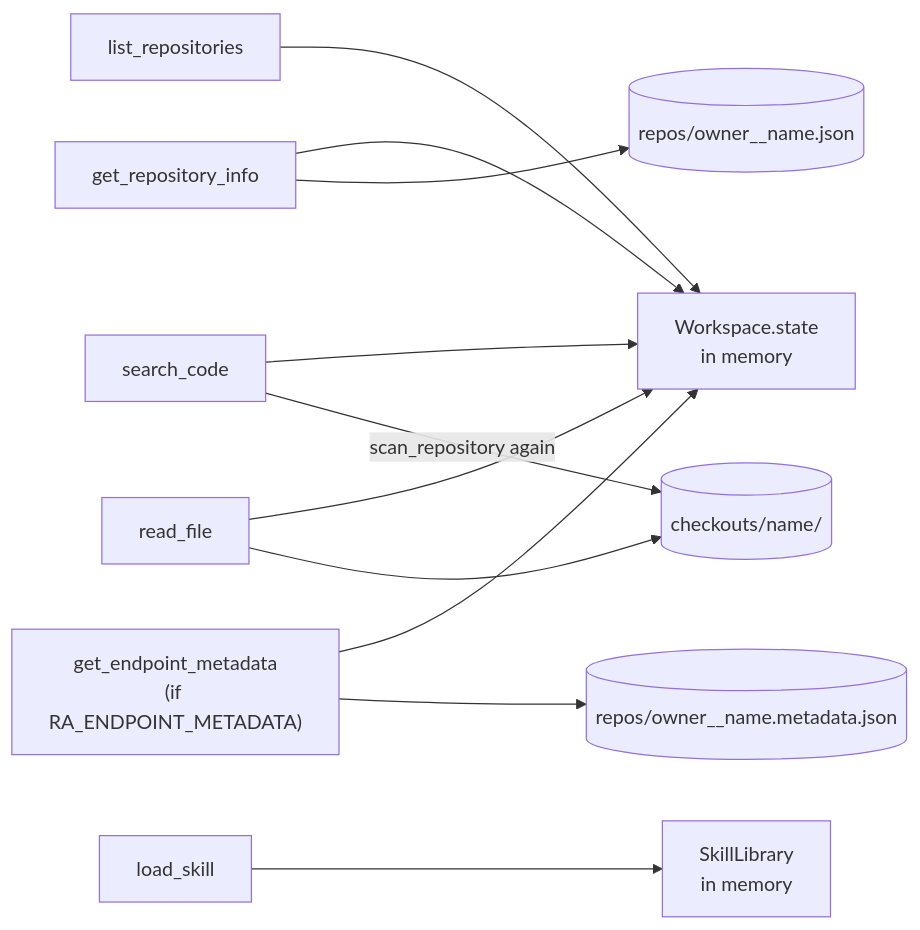
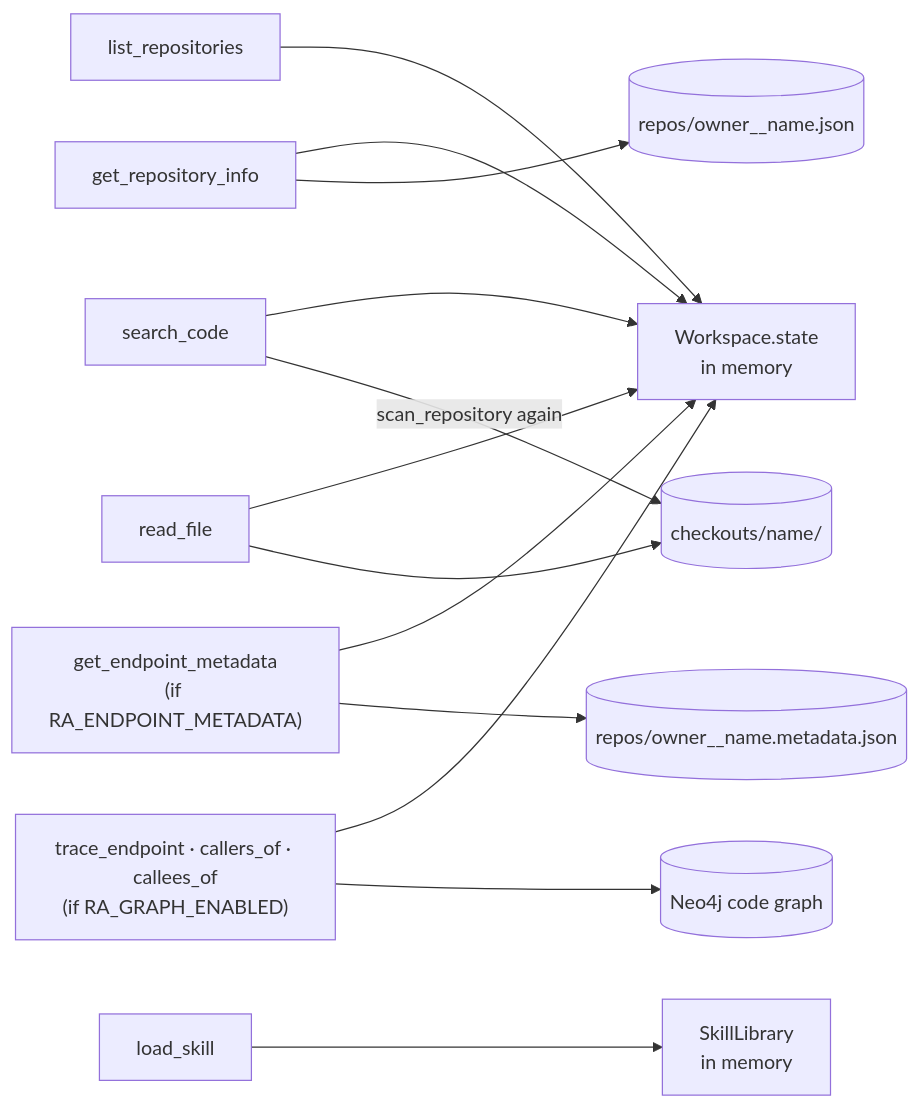
Before and after one commit to ankmay0/repository-analyzer: the fifth of 9 diagrams in backend/docs/dataflow.md, drawn with Mermaid. The commit also changed other lines of this file and 13 other files, not shown here.

First line of the commit message:
Give the chat agent code-graph tools for tracing endpoints

````diff
--- a/backend/docs/dataflow.md
+++ b/backend/docs/dataflow.md
@@ -209,13 +209,15 @@
 ```mermaid
 flowchart LR
     LRT[list_repositories] --> WSS["Workspace.state<br/>in memory"]
     GRI[get_repository_info] --> WSS
     GRI --> IDX[("repos/owner__name.json")]
     SCd[search_code] --> WSS
     SCd -->|scan_repository again| CK[("checkouts/name/")]
     RF[read_file] --> WSS
     RF --> CK
     LS[load_skill] --> SL["SkillLibrary<br/>in memory"]
     GEM["get_endpoint_metadata<br/>(if RA_ENDPOINT_METADATA)"] --> WSS
+    TE["trace_endpoint · callers_of · callees_of<br/>(if RA_GRAPH_ENABLED)"] --> WSS
+    TE --> NEO[("Neo4j code graph")]
     GEM --> MDF[("repos/owner__name.metadata.json")]
 ```
````
